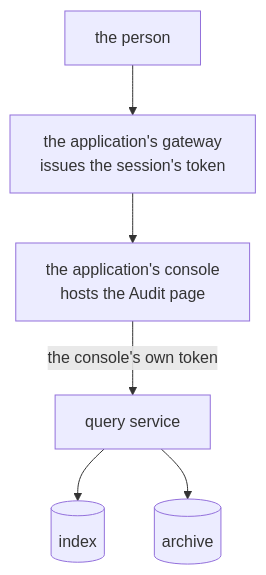
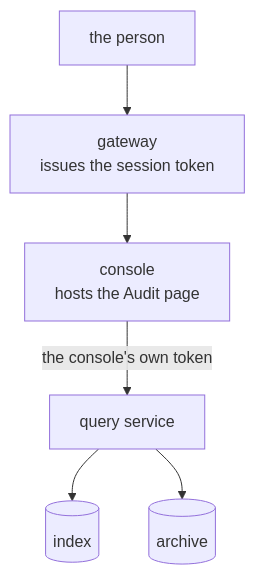
The diagram in docs/concepts/audit/audit-page.md (truvity/sluis), drawn with Mermaid before and after one commit. The commit also changed other lines of this file and 61 other files, not shown here.

````diff
--- a/docs/concepts/audit/audit-page.md
+++ b/docs/concepts/audit/audit-page.md
@@ -28,8 +13,8 @@
 ```mermaid
 flowchart TB
-  P["the person"] --> GW["the application's gateway<br/>issues the session's token"]
-  GW --> C["the application's console<br/>hosts the Audit page"]
+  P["the person"] --> GW["gateway<br/>issues the session token"]
+  GW --> C["console<br/>hosts the Audit page"]
   C -- "the console's own token" --> Q["query service"]
   Q --> IDX[("index")]
   Q --> S3[("archive")]
 ```
````
